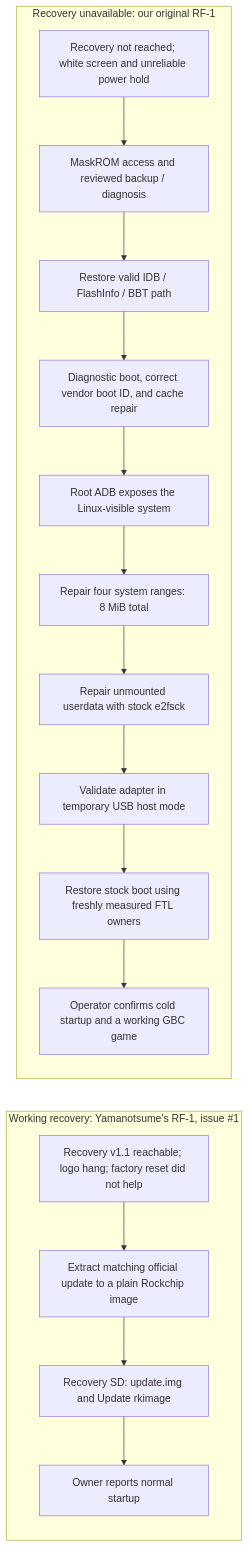
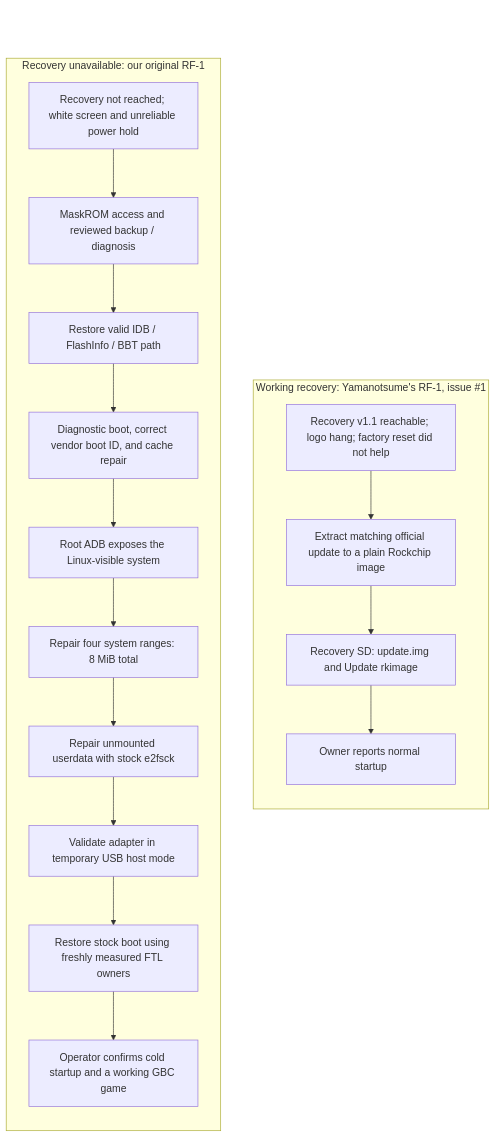
One commit to LordVitaly/retrofreak-rf1-repair-research changed the diagram in README.md. Above: the diagram before and after it, drawn with Mermaid. The commit also changed 2 other files, not shown here.

Commit message:
Align the two recovery diagrams side by side from the top

````diff
--- a/README.md
+++ b/README.md
@@ -81,24 +81,31 @@
 ```mermaid
-flowchart LR
+flowchart TB
+    %% Invisible shared anchor aligns the two independent routes at the top.
+    ALIGN[" "]
+    style ALIGN fill:transparent,stroke:transparent,color:transparent
+
     subgraph RECOVERY["Working recovery: Yamanotsume's RF-1, issue #1"]
         direction TB
         R1["Recovery v1.1 reachable; logo hang; factory reset did not help"]
         R1 --> R2["Extract matching official update to a plain Rockchip image"]
         R2 --> R3["Recovery SD: update.img and Update rkimage"]
         R3 --> R4["Owner reports normal startup"]
     end
 
     subgraph ORIGINAL["Recovery unavailable: our original RF-1"]
         direction TB
         A["Recovery not reached; white screen and unreliable power hold"]
         A --> M["MaskROM access and reviewed backup / diagnosis"]
         M --> B["Restore valid IDB / FlashInfo / BBT path"]
         B --> C["Diagnostic boot, correct vendor boot ID, and cache repair"]
         C --> D["Root ADB exposes the Linux-visible system"]
         D --> E["Repair four system ranges: 8 MiB total"]
         E --> F["Repair unmounted userdata with stock e2fsck"]
         F --> G["Validate adapter in temporary USB host mode"]
         G --> H["Restore stock boot using freshly measured FTL owners"]
         H --> I["Operator confirms cold startup and a working GBC game"]
     end
+
+    ALIGN ~~~ R1
+    ALIGN ~~~ A
 ```
````
